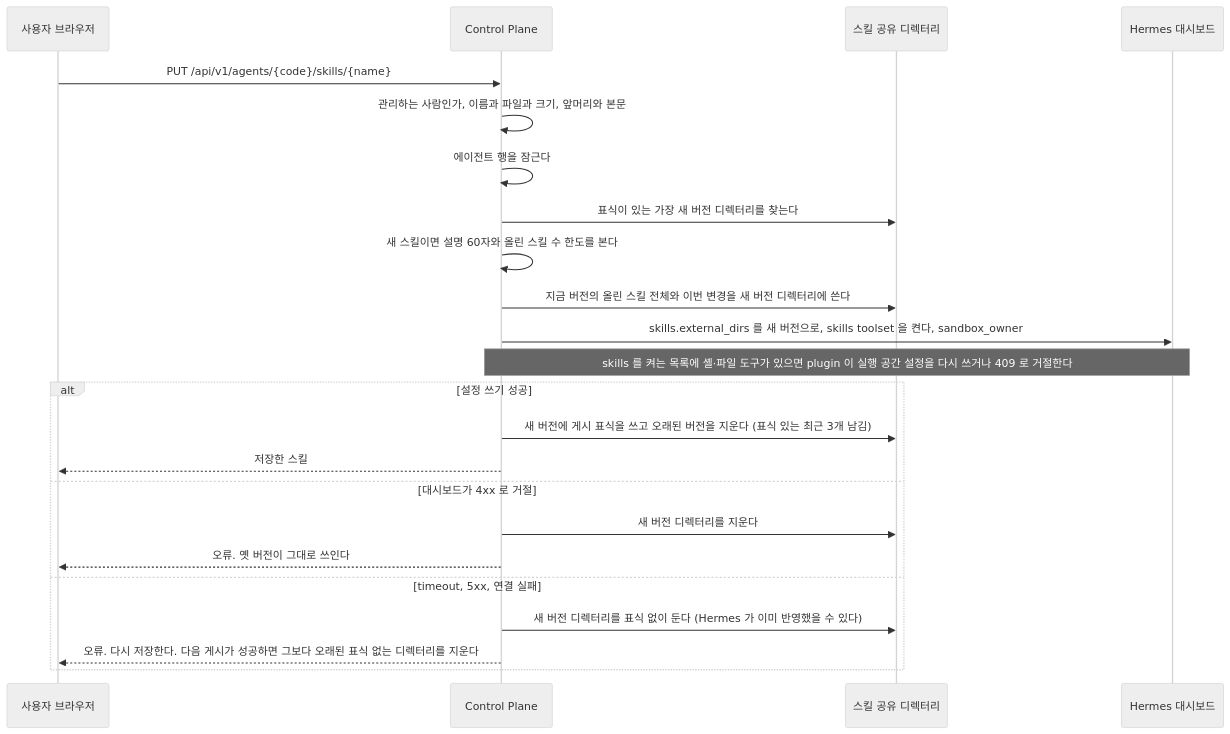
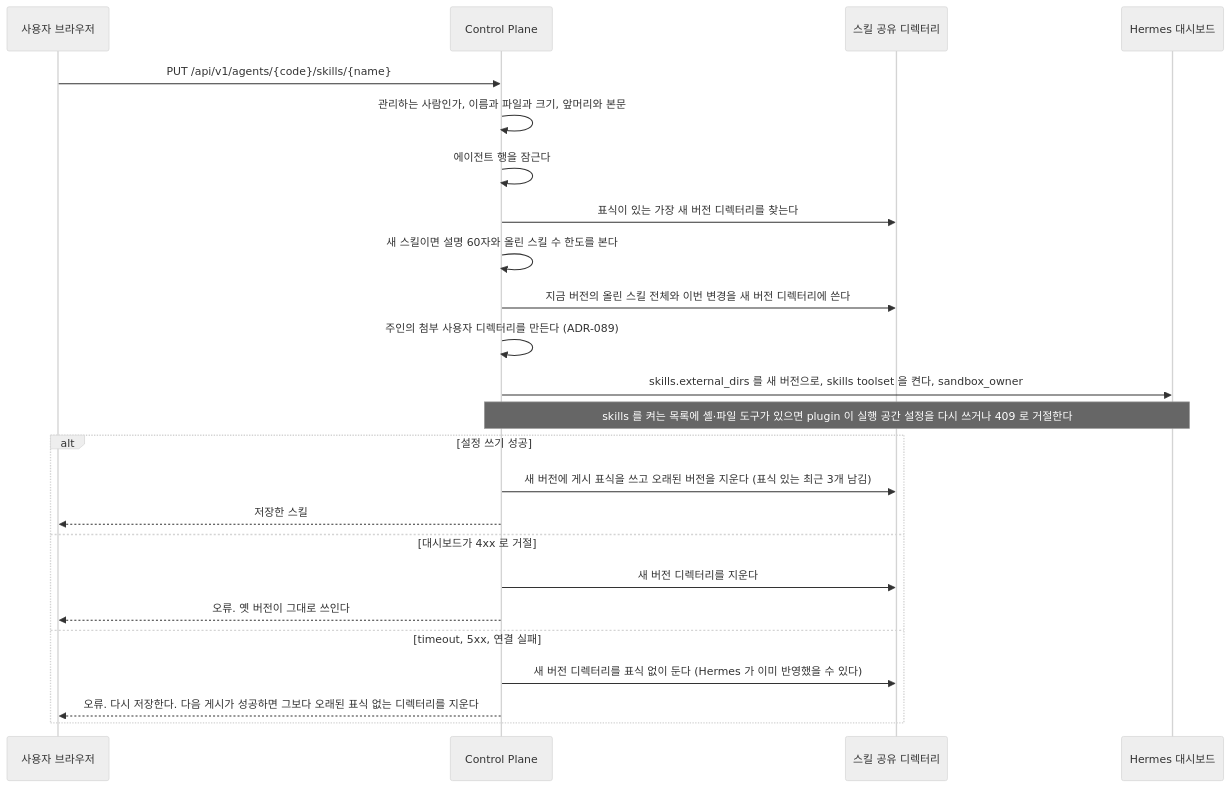
One commit to jon890/fos-assistant changed the first of 2 diagrams in docs/backend/skill.md. Above: the diagram before and after it, drawn with Mermaid (neutral theme). The commit also changed 17 other files, not shown here.

First line of the commit message:
feat(backend): Hermes 를 부르기 전에 실행 주인의 첨부 디렉터리를 만든다

````diff
--- a/docs/backend/skill.md
+++ b/docs/backend/skill.md
@@ -98,26 +98,27 @@
 ```mermaid
 sequenceDiagram
     participant U as 사용자 브라우저
     participant C as Control Plane
     participant F as 스킬 공유 디렉터리
     participant D as Hermes 대시보드
 
     U->>C: PUT /api/v1/agents/{code}/skills/{name}
     C->>C: 관리하는 사람인가, 이름과 파일과 크기, 앞머리와 본문
     C->>C: 에이전트 행을 잠근다
     C->>F: 표식이 있는 가장 새 버전 디렉터리를 찾는다
     C->>C: 새 스킬이면 설명 60자와 올린 스킬 수 한도를 본다
     C->>F: 지금 버전의 올린 스킬 전체와 이번 변경을 새 버전 디렉터리에 쓴다
+    C->>C: 주인의 첨부 사용자 디렉터리를 만든다 (ADR-089)
     C->>D: skills.external_dirs 를 새 버전으로, skills toolset 을 켠다, sandbox_owner
     Note over C,D: skills 를 켜는 목록에 셸·파일 도구가 있으면 plugin 이 실행 공간 설정을 다시 쓰거나 409 로 거절한다
     alt 설정 쓰기 성공
         C->>F: 새 버전에 게시 표식을 쓰고 오래된 버전을 지운다 (표식 있는 최근 3개 남김)
         C-->>U: 저장한 스킬
     else 대시보드가 4xx 로 거절
         C->>F: 새 버전 디렉터리를 지운다
         C-->>U: 오류. 옛 버전이 그대로 쓰인다
     else timeout, 5xx, 연결 실패
         C->>F: 새 버전 디렉터리를 표식 없이 둔다 (Hermes 가 이미 반영했을 수 있다)
         C-->>U: 오류. 다시 저장한다. 다음 게시가 성공하면 그보다 오래된 표식 없는 디렉터리를 지운다
     end
 ```
````
